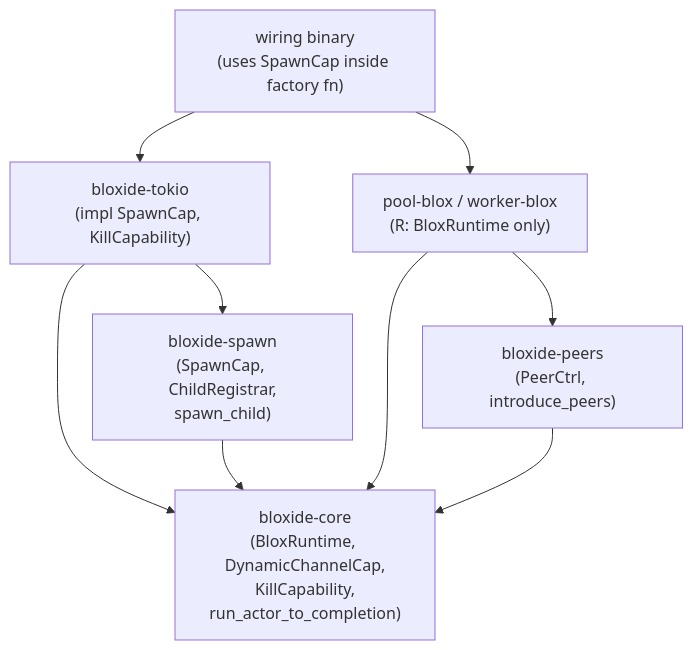
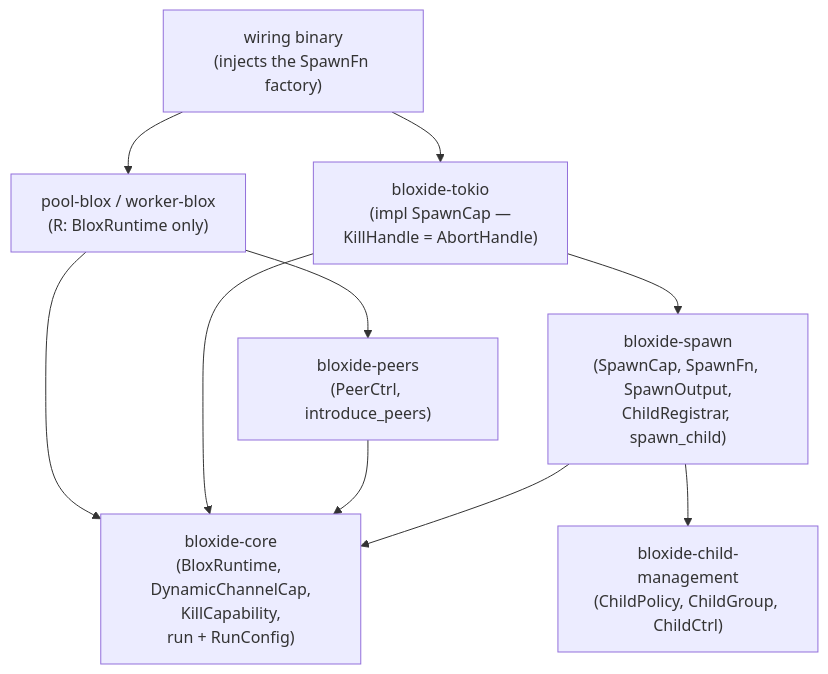
Before and after one commit to bloxide-com/bloxide: the first of 4 diagrams in spec/architecture/11-dynamic-actors.md, drawn with Mermaid. The commit also changed other lines of this file and 33 other files, not shown here.

````diff
--- a/spec/architecture/11-dynamic-actors.md
+++ b/spec/architecture/11-dynamic-actors.md
@@ -78,18 +84,20 @@
 ```mermaid
 flowchart TD
-    BloxideCore["bloxide-core\n(BloxRuntime, DynamicChannelCap,\nKillCapability,\nrun_actor_to_completion)"]
-    BloxideSpawn["bloxide-spawn\n(SpawnCap, ChildRegistrar,\nspawn_child)"]
+    BloxideCore["bloxide-core\n(BloxRuntime, DynamicChannelCap,\nKillCapability,\nrun + RunConfig)"]
+    BloxideChildMgmt["bloxide-child-management\n(ChildPolicy, ChildGroup, ChildCtrl)"]
+    BloxideSpawn["bloxide-spawn\n(SpawnCap, SpawnFn, SpawnOutput,\nChildRegistrar, spawn_child)"]
     BloxidePeers["bloxide-peers\n(PeerCtrl, introduce_peers)"]
-    TokioRuntime["bloxide-tokio\n(impl SpawnCap, KillCapability)"]
+    TokioRuntime["bloxide-tokio\n(impl SpawnCap —\nKillHandle = AbortHandle)"]
     PoolBlox["pool-blox / worker-blox\n(R: BloxRuntime only)"]
-    WiringBinary["wiring binary\n(uses SpawnCap inside factory fn)"]
+    WiringBinary["wiring binary\n(injects the SpawnFn factory)"]
 
     BloxideSpawn --> BloxideCore
+    BloxideSpawn --> BloxideChildMgmt
     BloxidePeers --> BloxideCore
     TokioRuntime --> BloxideCore
     TokioRuntime --> BloxideSpawn
     PoolBlox --> BloxideCore
     PoolBlox --> BloxidePeers
     WiringBinary --> TokioRuntime
     WiringBinary --> PoolBlox
 ```
````
